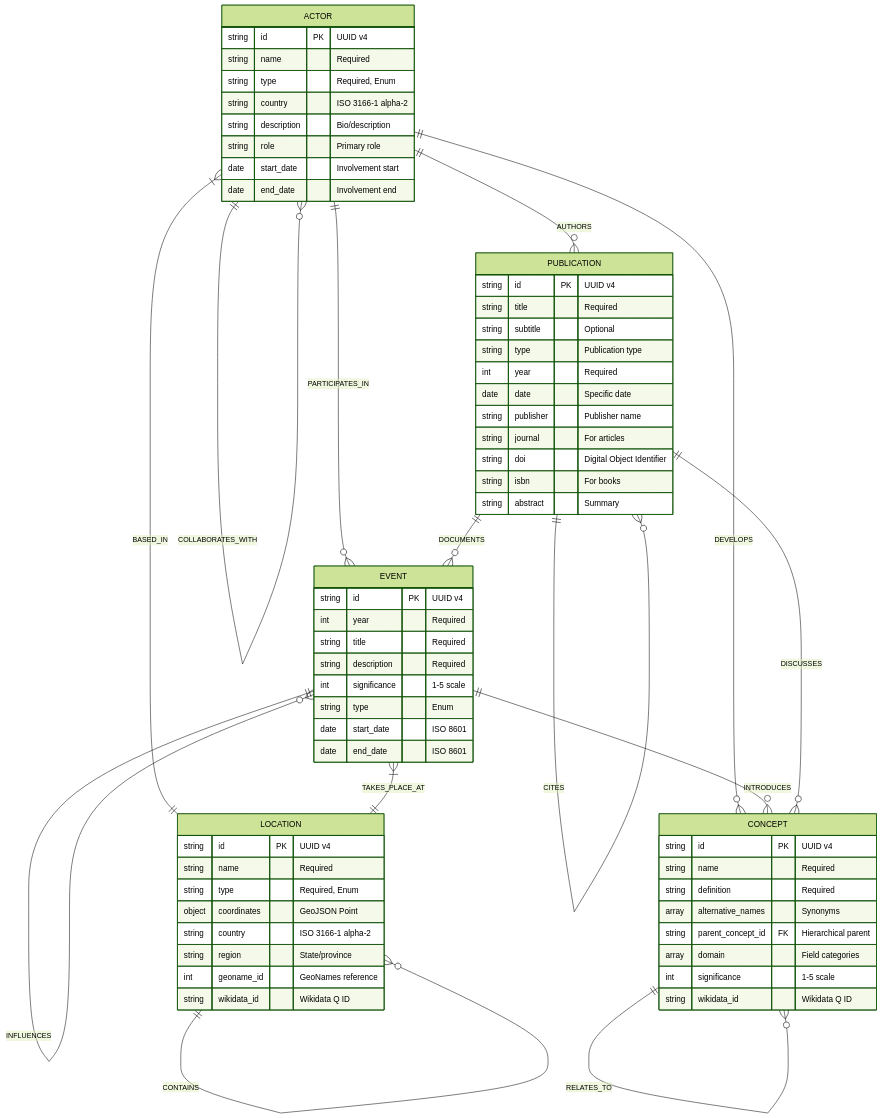
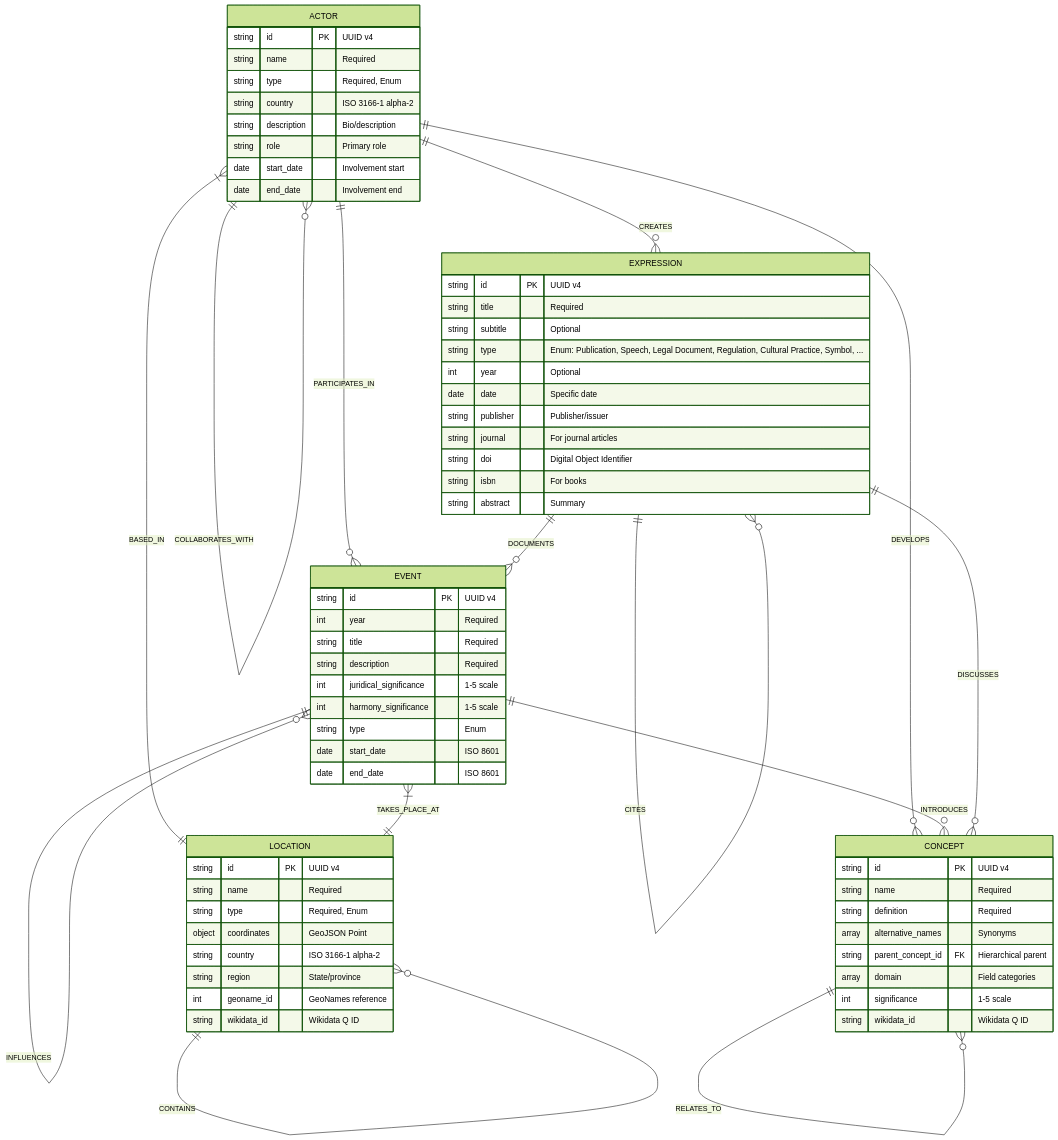
One commit to j-buettner/empohop changed the diagram in schema/documentation/er-diagram.md. Above: the diagram before and after it, drawn with Mermaid (forest theme). The commit also changed other lines of this file and 4 other files, not shown here.

First line of the commit message:
docs: update schema guide, ER diagram, and entity resolver tests

````diff
--- a/schema/documentation/er-diagram.md
+++ b/schema/documentation/er-diagram.md
@@ -5,78 +5,79 @@
 ```mermaid
 erDiagram
     EVENT {
         string id PK "UUID v4"
         int year "Required"
         string title "Required"
         string description "Required"
-        int significance "1-5 scale"
+        int juridical_significance "1-5 scale"
+        int harmony_significance "1-5 scale"
         string type "Enum"
         date start_date "ISO 8601"
         date end_date "ISO 8601"
     }
     
     ACTOR {
         string id PK "UUID v4"
         string name "Required"
         string type "Required, Enum"
         string country "ISO 3166-1 alpha-2"
         string description "Bio/description"
         string role "Primary role"
         date start_date "Involvement start"
         date end_date "Involvement end"
     }
     
     LOCATION {
         string id PK "UUID v4"
         string name "Required"
         string type "Required, Enum"
         object coordinates "GeoJSON Point"
         string country "ISO 3166-1 alpha-2"
         string region "State/province"
         int geoname_id "GeoNames reference"
         string wikidata_id "Wikidata Q ID"
     }
     
     CONCEPT {
         string id PK "UUID v4"
         string name "Required"
         string definition "Required"
         array alternative_names "Synonyms"
         string parent_concept_id FK "Hierarchical parent"
         array domain "Field categories"
         int significance "1-5 scale"
         string wikidata_id "Wikidata Q ID"
     }
     
-    PUBLICATION {
+    EXPRESSION {
         string id PK "UUID v4"
         string title "Required"
         string subtitle "Optional"
-        string type "Publication type"
-        int year "Required"
+        string type "Enum: Publication, Speech, Legal Document, Regulation, Cultural Practice, Symbol, ..."
+        int year "Optional"
         date date "Specific date"
-        string publisher "Publisher name"
-        string journal "For articles"
+        string publisher "Publisher/issuer"
+        string journal "For journal articles"
         string doi "Digital Object Identifier"
         string isbn "For books"
         string abstract "Summary"
     }
     
     ACTOR ||--o{ EVENT : "PARTICIPATES_IN"
-    ACTOR ||--o{ PUBLICATION : "AUTHORS"
+    ACTOR ||--o{ EXPRESSION : "CREATES"
     ACTOR ||--o{ CONCEPT : "DEVELOPS"
     ACTOR ||--o{ ACTOR : "COLLABORATES_WITH"
     ACTOR }|--|| LOCATION : "BASED_IN"
     
     EVENT ||--o{ EVENT : "INFLUENCES"
     EVENT }|--|| LOCATION : "TAKES_PLACE_AT"
     EVENT ||--o{ CONCEPT : "INTRODUCES"
     
-    PUBLICATION ||--o{ PUBLICATION : "CITES"
-    PUBLICATION ||--o{ CONCEPT : "DISCUSSES"
-    PUBLICATION ||--o{ EVENT : "DOCUMENTS"
+    EXPRESSION ||--o{ EXPRESSION : "CITES"
+    EXPRESSION ||--o{ CONCEPT : "DISCUSSES"
+    EXPRESSION ||--o{ EVENT : "DOCUMENTS"
     
     CONCEPT ||--o{ CONCEPT : "RELATES_TO"
     
     LOCATION ||--o{ LOCATION : "CONTAINS"
 ```
````
